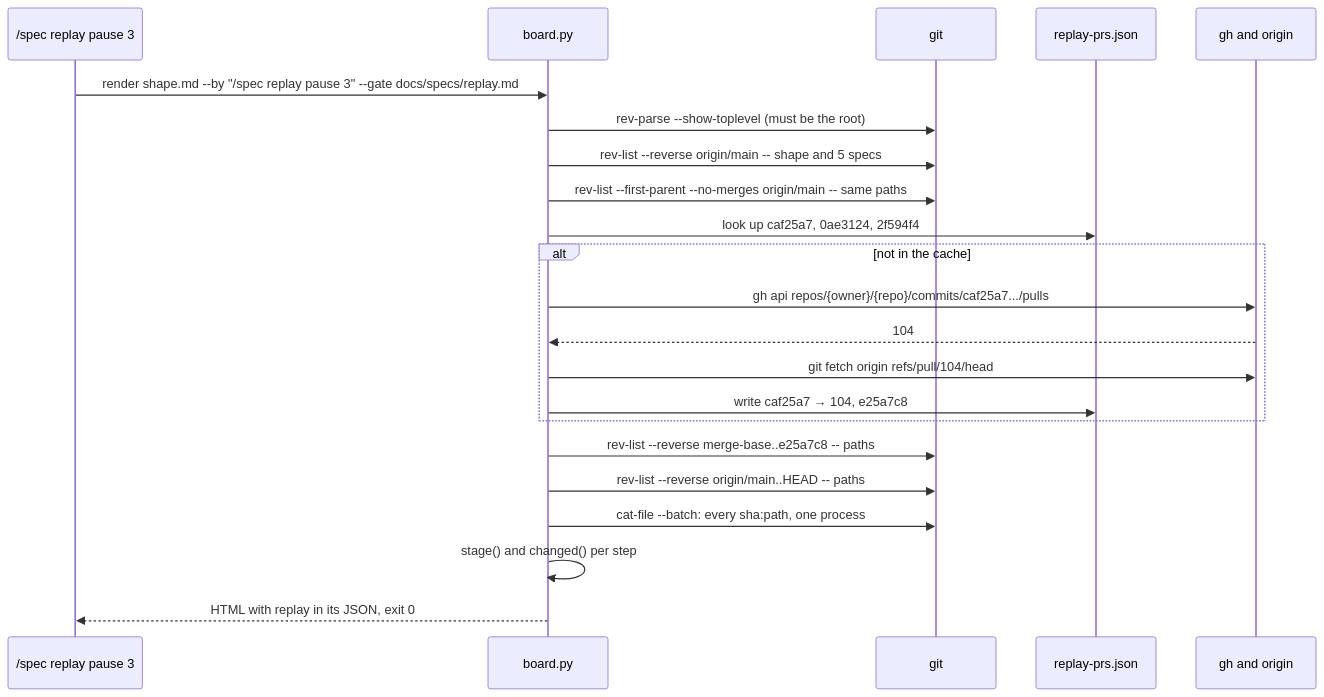
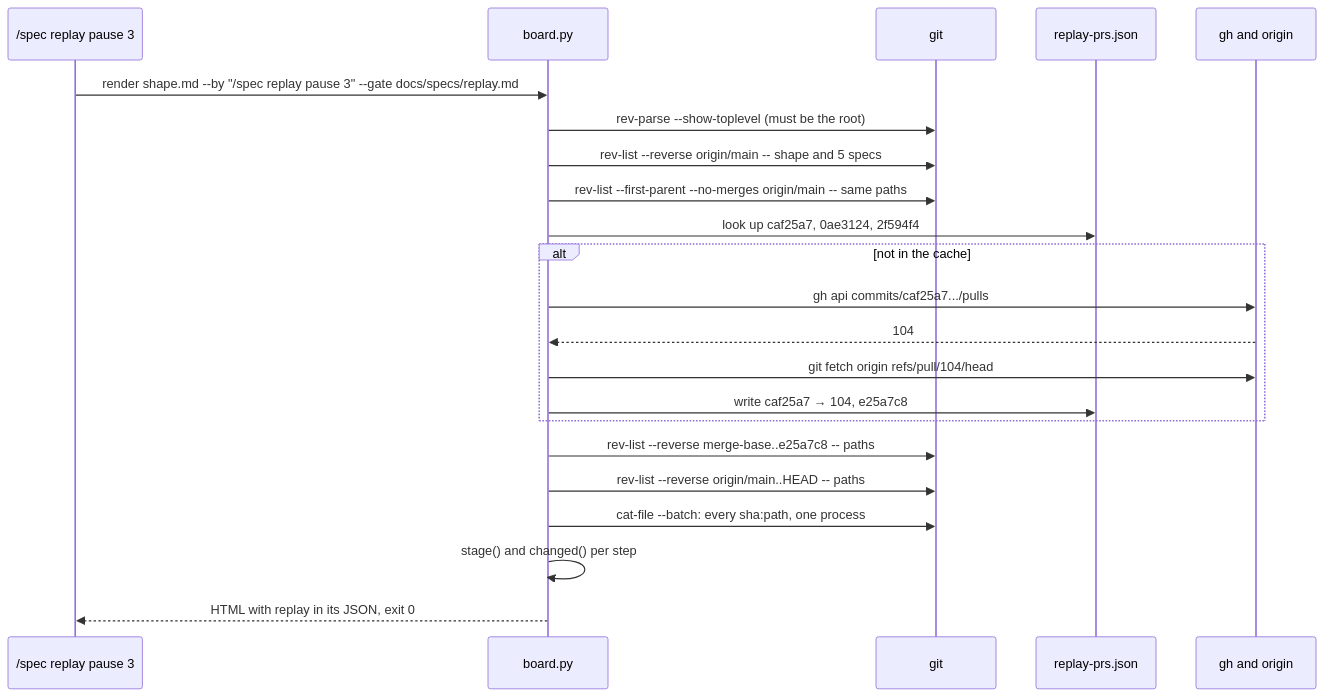
The fourth of 4 diagrams in docs/specs/replay.md (dzaffren/claude-plugin), drawn with Mermaid before and after one commit. The commit also changed other lines of this file, not shown here.

````diff
--- a/docs/specs/replay.md
+++ b/docs/specs/replay.md
@@ -161,24 +161,24 @@
 ```mermaid
 sequenceDiagram
   participant S as /spec replay pause 3
   participant B as board.py
   participant G as git
   participant C as replay-prs.json
   participant H as gh and origin
   S->>B: render shape.md --by "/spec replay pause 3" --gate docs/specs/replay.md
   B->>G: rev-parse --show-toplevel (must be the root)
   B->>G: rev-list --reverse origin/main -- shape and 5 specs
   B->>G: rev-list --first-parent --no-merges origin/main -- same paths
   B->>C: look up caf25a7, 0ae3124, 2f594f4
   alt not in the cache
-    B->>H: gh api repos/{owner}/{repo}/commits/caf25a7.../pulls
+    B->>H: gh api commits/caf25a7.../pulls
     H-->>B: 104
     B->>H: git fetch origin refs/pull/104/head
     B->>C: write caf25a7 → 104, e25a7c8
   end
   B->>G: rev-list --reverse merge-base..e25a7c8 -- paths
   B->>G: rev-list --reverse origin/main..HEAD -- paths
   B->>G: cat-file --batch: every sha:path, one process
   B->>B: stage() and changed() per step
   B-->>S: HTML with replay in its JSON, exit 0
 ```
````
